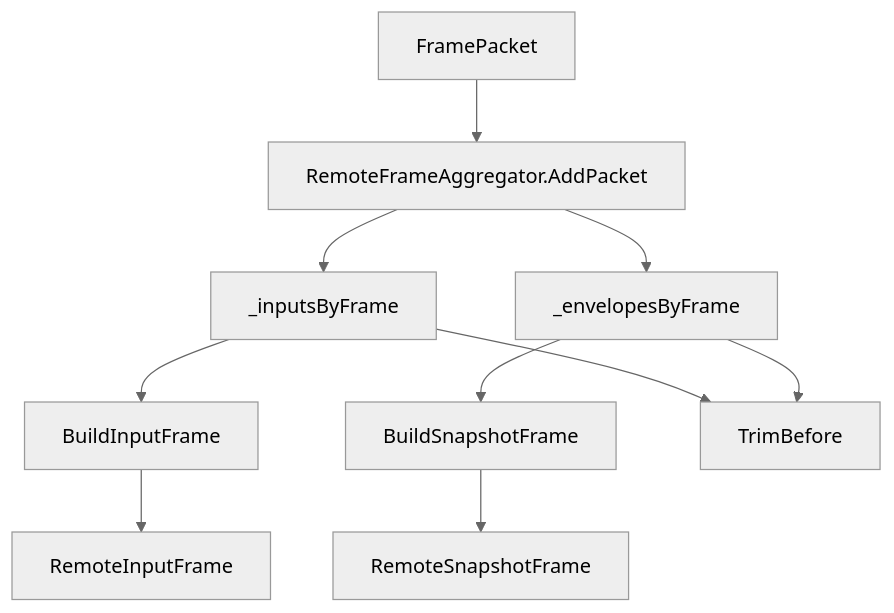
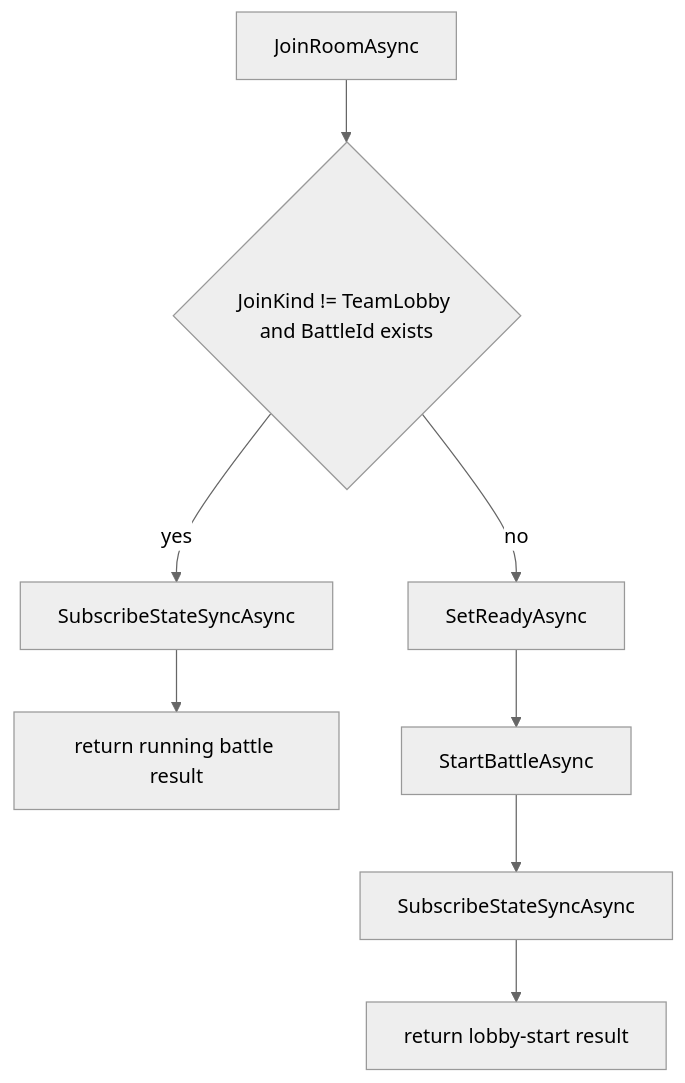
Before and after one commit to Kurumioi/AbilityKit: the seventh of 14 diagrams in Docs/design/07-NetworkSynchronization/05-SessionCoordination.md, drawn with Mermaid (neutral theme). The commit also changed other lines of this file and 389 other files, not shown here.

````diff
--- a/Docs/design/07-NetworkSynchronization/05-SessionCoordination.md
+++ b/Docs/design/07-NetworkSynchronization/05-SessionCoordination.md
@@ -90,12 +331,10 @@
 ```mermaid
-flowchart TB
-    Packet[FramePacket] --> Add[RemoteFrameAggregator.AddPacket]
-    Add --> InputMap[_inputsByFrame]
-    Add --> SnapshotMap[_envelopesByFrame]
-    InputMap --> BuildInput[BuildInputFrame]
-    SnapshotMap --> BuildSnapshot[BuildSnapshotFrame]
-    BuildInput --> RemoteInputFrame[RemoteInputFrame]
-    BuildSnapshot --> RemoteSnapshotFrame[RemoteSnapshotFrame]
-    InputMap --> Trim[TrimBefore]
-    SnapshotMap --> Trim
+flowchart TD
+    A[JoinRoomAsync] --> B{JoinKind != TeamLobby and BattleId exists}
+    B -- yes --> C[SubscribeStateSyncAsync]
+    C --> D[return running battle result]
+    B -- no --> E[SetReadyAsync]
+    E --> F[StartBattleAsync]
+    F --> G[SubscribeStateSyncAsync]
+    G --> H[return lobby-start result]
 ```
````
